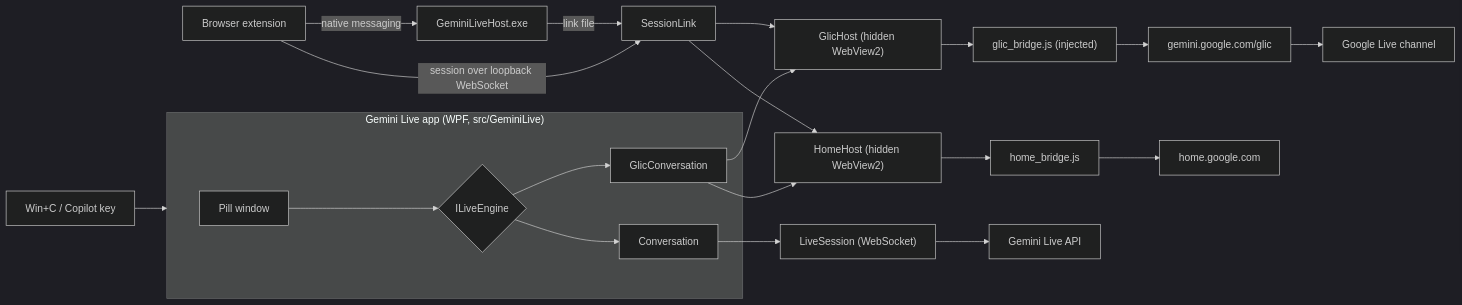
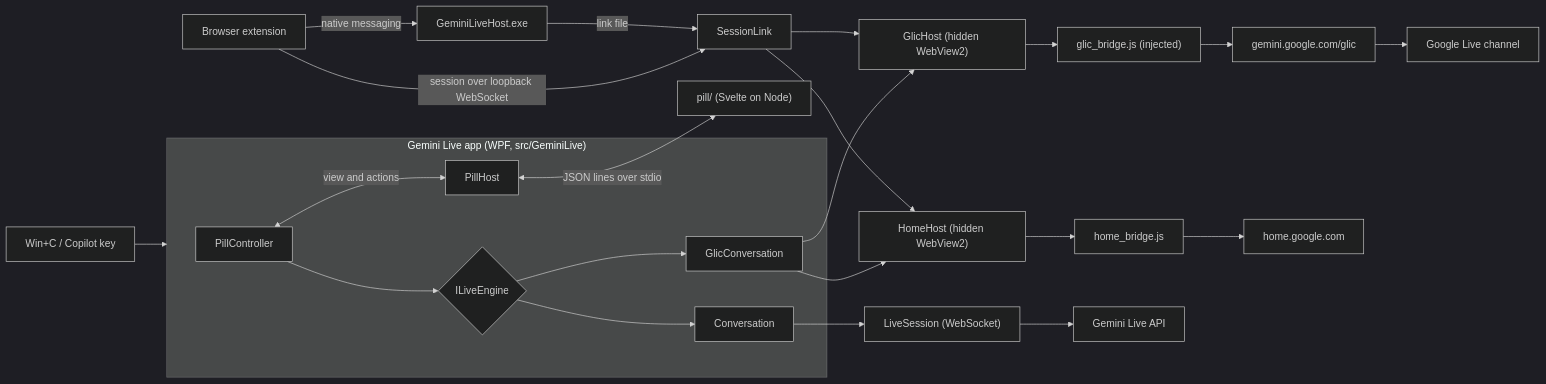
The first of 7 diagrams in ARCHITECTURE.md (avi12/gemini-live-for-windows), drawn with Mermaid (dark theme) before and after one commit. The commit also changed other lines of this file and 1 other file, not shown here.

Commit message:
docs: describe the Svelte pill, its sidecar and the bundled runtime

````diff
--- a/ARCHITECTURE.md
+++ b/ARCHITECTURE.md
@@ -23,23 +23,25 @@
 ```mermaid
 flowchart LR
   Key["Win+C / Copilot key"] --> App
   subgraph App["Gemini Live app (WPF, src/GeminiLive)"]
-    Pill["Pill window"] --> Engine{"ILiveEngine"}
+    Pill["PillController"] --> Engine{"ILiveEngine"}
     Engine --> GlicConv["GlicConversation"]
     Engine --> Conv["Conversation"]
+    Pill <-->|"view and actions"| PillHost["PillHost"]
   end
+  PillHost <-->|"JSON lines over stdio"| Sidecar["pill/ (Svelte on Node)"]
   GlicConv --> GlicHost["GlicHost (hidden WebView2)"]
   GlicHost --> Bridge["glic_bridge.js (injected)"]
   Bridge --> GeminiWeb["gemini.google.com/glic"]
   GeminiWeb --> LiveG["Google Live channel"]
   GlicConv --> HomeHost["HomeHost (hidden WebView2)"]
   HomeHost --> HomeBridge["home_bridge.js"]
   HomeBridge --> HomeWeb["home.google.com"]
   Conv --> LiveSession["LiveSession (WebSocket)"]
   LiveSession --> LiveApi["Gemini Live API"]
   Ext["Browser extension"] -- "session over loopback WebSocket" --> SessionLink["SessionLink"]
   SessionLink --> GlicHost
   SessionLink --> HomeHost
   Ext -- "native messaging" --> NativeHost["GeminiLiveHost.exe"]
   NativeHost -- "link file" --> SessionLink
 ```
````
